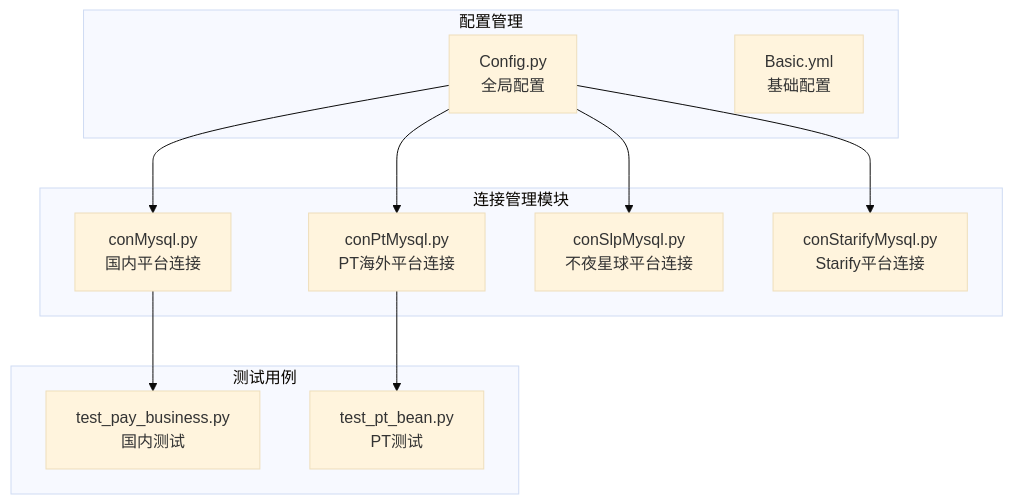
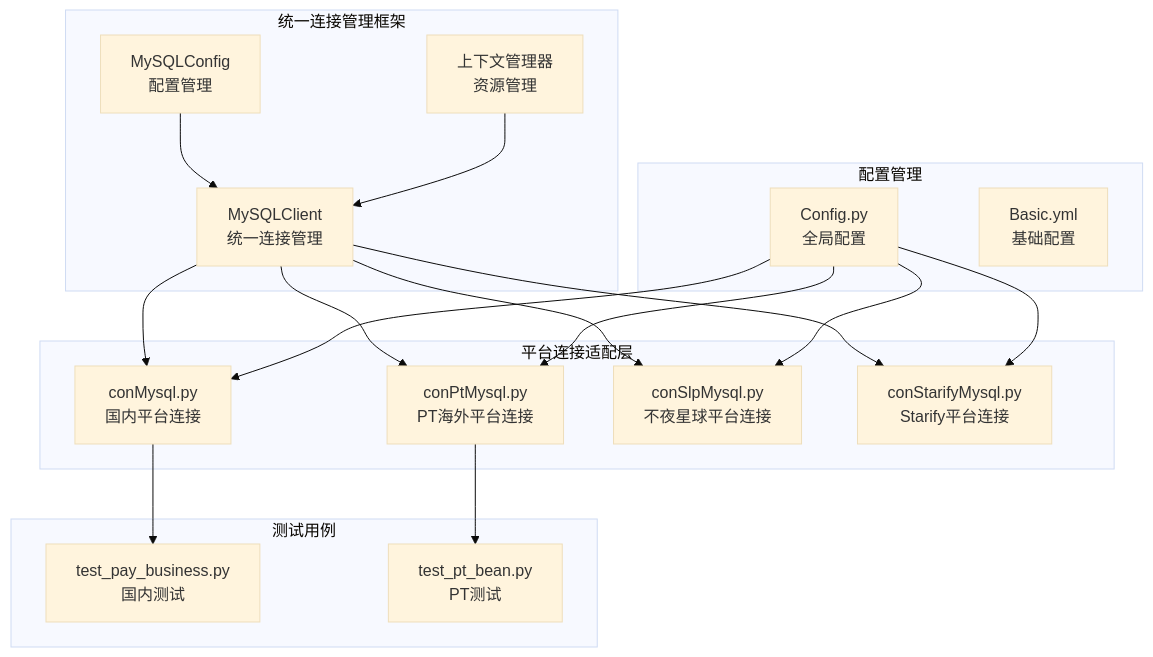
Before and after one commit to liximing1-ola/qa-payTest: the first of 16 diagrams in .qoder/repowiki/zh/content/数据库管理/MySQL连接管理.md, drawn with Mermaid (base theme). The commit also changed other lines of this file and 6 other files, not shown here.

````diff
--- a/.qoder/repowiki/zh/content/数据库管理/MySQL连接管理.md
+++ b/.qoder/repowiki/zh/content/数据库管理/MySQL连接管理.md
@@ -35,23 +43,34 @@
 ```mermaid
 graph TB
-subgraph "连接管理模块"
-CM[conMysql.py<br/>国内平台连接]
+subgraph "统一连接管理框架"
+UNIFIED[MySQLClient<br/>统一连接管理]
+CONFIG[MySQLConfig<br/>配置管理]
+CONTEXT[上下文管理器<br/>资源管理]
+end
+subgraph "平台连接适配层"
+DOM[conMysql.py<br/>国内平台连接]
 PT[conPtMysql.py<br/>PT海外平台连接]
 SLP[conSlpMysql.py<br/>不夜星球平台连接]
 ST[conStarifyMysql.py<br/>Starify平台连接]
 end
 subgraph "配置管理"
 CFG[Config.py<br/>全局配置]
 BASIC[Basic.yml<br/>基础配置]
 end
 subgraph "测试用例"
 TEST1[test_pay_business.py<br/>国内测试]
 TEST2[test_pt_bean.py<br/>PT测试]
 end
-CFG --> CM
+UNIFIED --> DOM
+UNIFIED --> PT
+UNIFIED --> SLP
+UNIFIED --> ST
+CONFIG --> UNIFIED
+CONTEXT --> UNIFIED
+CFG --> DOM
 CFG --> PT
 CFG --> SLP
 CFG --> ST
-CM --> TEST1
+DOM --> TEST1
 PT --> TEST2
 ```
````
